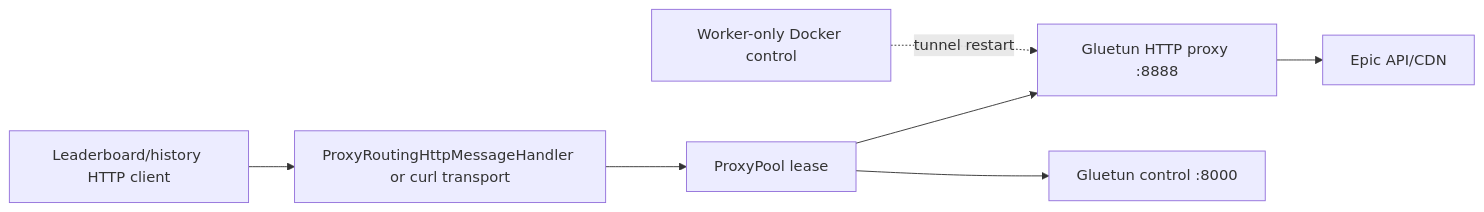
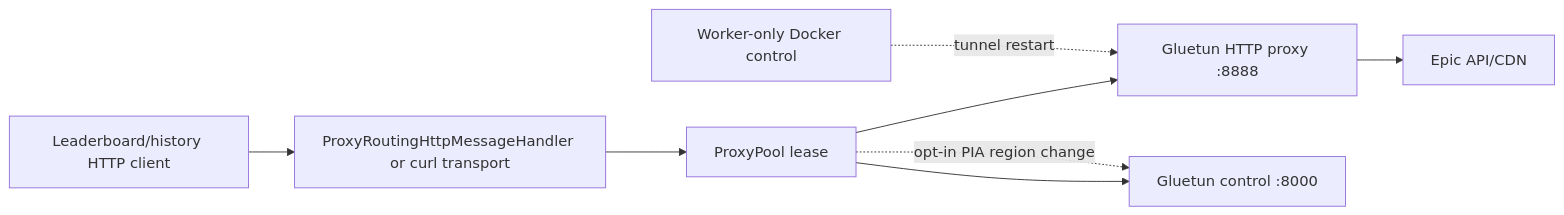
Before and after one commit to SFenton/FortniteFestivalLeaderboardScraper: the diagram in docs/operations/vpn-proxy-pool.md, drawn with Mermaid. The commit also changed other lines of this file and 10 other files, not shown here.

First line of the commit message:
Restore guarded PIA region rotation after repeated 429s

````diff
--- a/docs/operations/vpn-proxy-pool.md
+++ b/docs/operations/vpn-proxy-pool.md
@@ -42,10 +45,11 @@
 ```mermaid
 flowchart LR
     EpicClient[Leaderboard/history HTTP client]
       --> Handler[ProxyRoutingHttpMessageHandler or curl transport]
       --> Pool[ProxyPool lease]
       --> Gluetun[Gluetun HTTP proxy :8888]
       --> Epic[Epic API/CDN]
     Pool --> Control[Gluetun control :8000]
     Worker[Worker-only Docker control] -. tunnel restart .-> Gluetun
+    Pool -. opt-in PIA region change .-> Control
 ```
````
